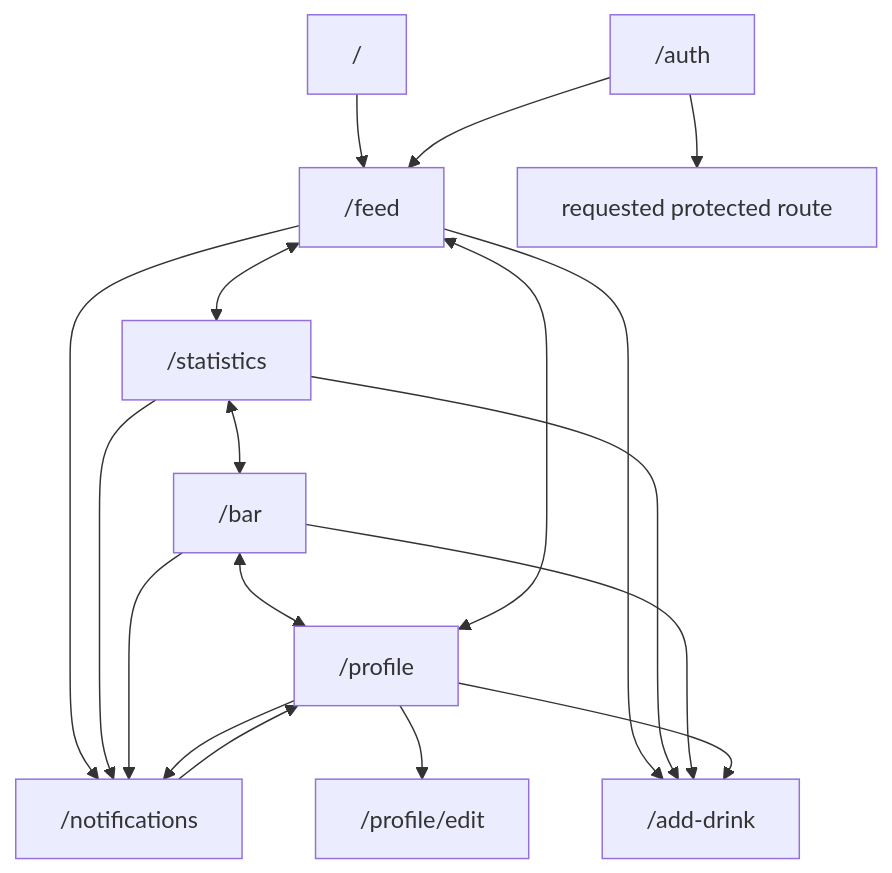
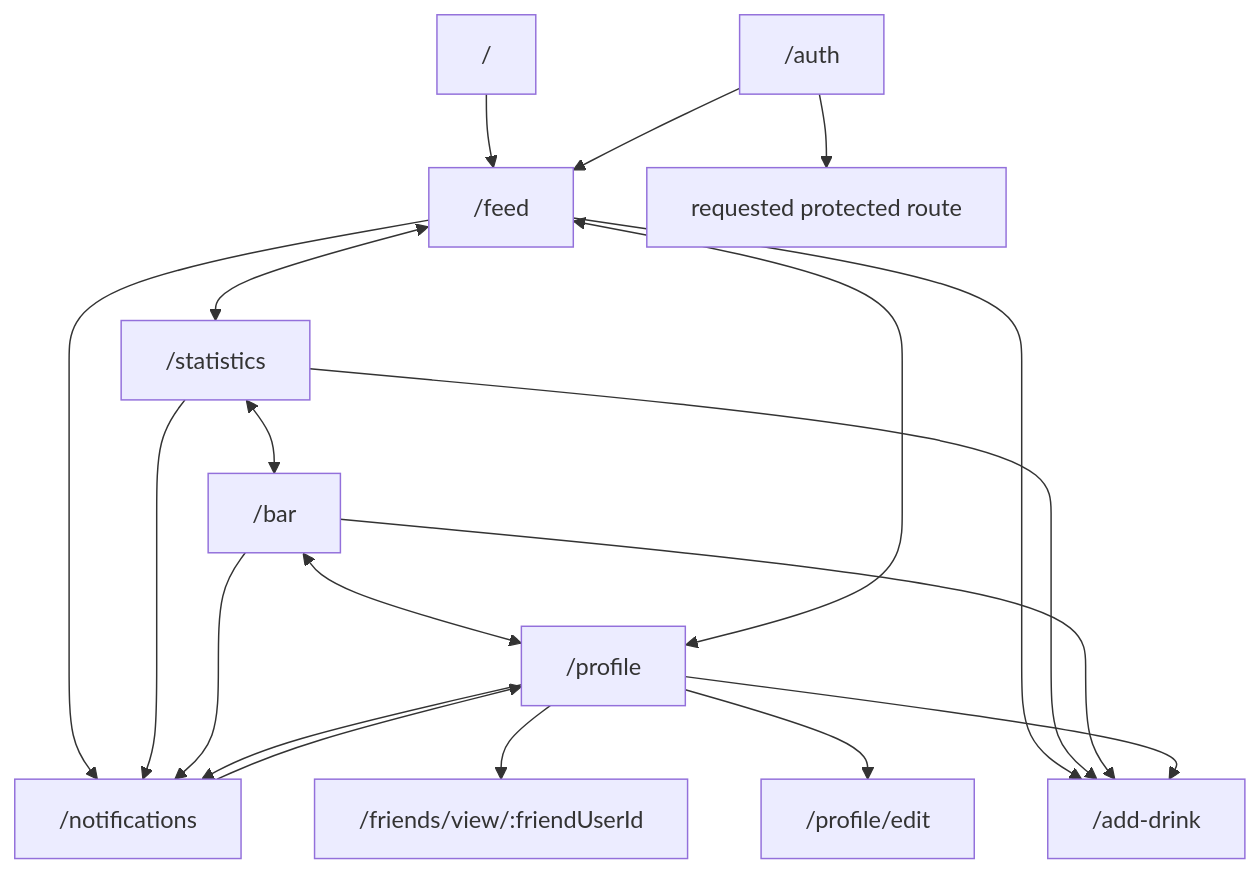
One commit to donjoergo/glasstrail changed the first of 4 diagrams in README.md. Above: the diagram before and after it, drawn with Mermaid. The commit also changed other lines of this file and 39 other files, not shown here.

````diff
--- a/README.md
+++ b/README.md
@@ -73,25 +75,26 @@
 ```mermaid
 flowchart TD
     Root["/"] --> Feed["/feed"]
 
     Feed <--> Statistics["/statistics"]
     Statistics <--> Bar["/bar"]
     Bar <--> Profile["/profile"]
     Profile <--> Feed
 
     Feed --> AddDrink["/add-drink"]
     Statistics --> AddDrink
     Bar --> AddDrink
     Profile --> AddDrink
 
     Profile --> EditProfile["/profile/edit"]
+    Profile --> FriendStats["/friends/view/:friendUserId"]
 
     Feed --> Notifications["/notifications"]
     Statistics --> Notifications
     Bar --> Notifications
     Profile --> Notifications
     Notifications --> Profile
 
     Auth["/auth"] --> Requested["requested protected route"]
     Auth --> Feed
 ```
````
